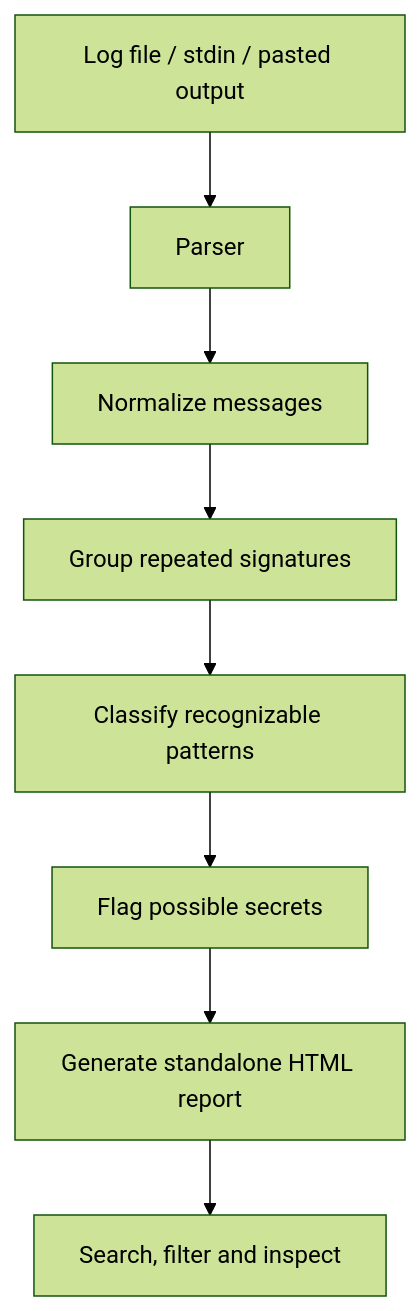
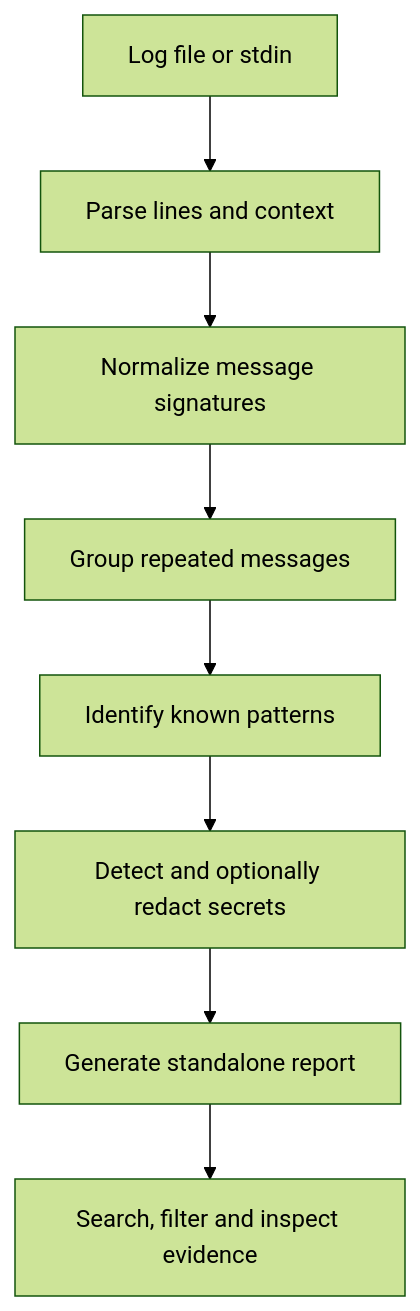
One commit to Lidnas/Logloom changed the diagram in README.md. Above: the diagram before and after it, drawn with Mermaid (forest theme). The commit also changed other lines of this file, not shown here.

````diff
--- a/README.md
+++ b/README.md
@@ -83,10 +107,10 @@
 ```mermaid
 flowchart TD
-    A["Log file / stdin / pasted output"] --> B["Parser"]
-    B --> C["Normalize messages"]
-    C --> D["Group repeated signatures"]
-    D --> E["Classify recognizable patterns"]
-    E --> F["Flag possible secrets"]
-    F --> G["Generate standalone HTML report"]
-    G --> H["Search, filter and inspect"]
+    A["Log file or stdin"] --> B["Parse lines and context"]
+    B --> C["Normalize message signatures"]
+    C --> D["Group repeated messages"]
+    D --> E["Identify known patterns"]
+    E --> F["Detect and optionally redact secrets"]
+    F --> G["Generate standalone report"]
+    G --> H["Search, filter and inspect evidence"]
 ```
````
